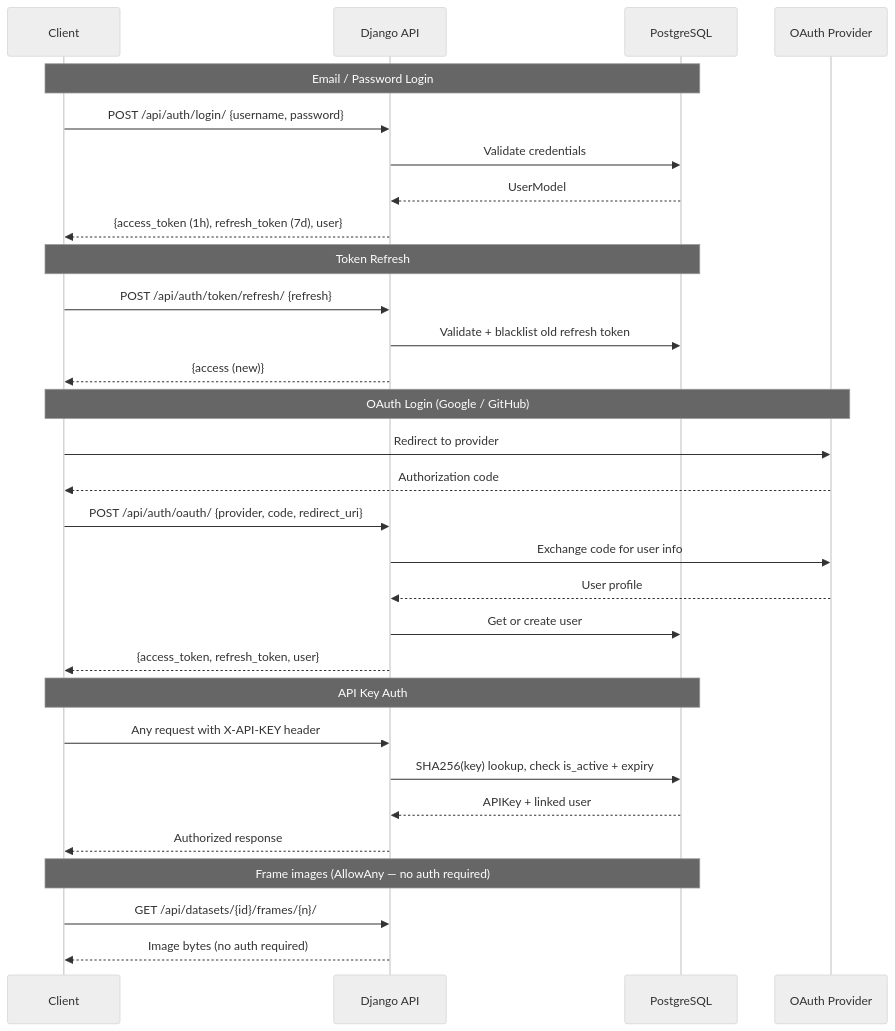
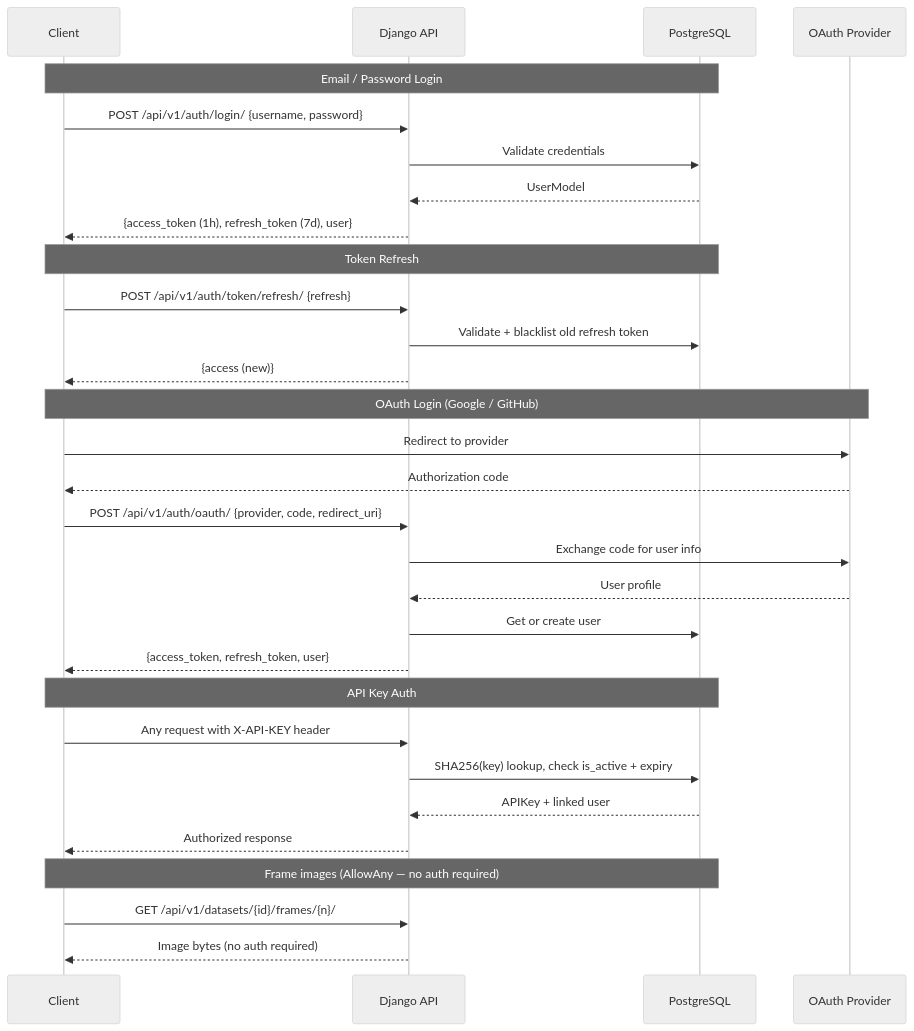
One commit to the-visiox/visiox changed the fourth of 13 diagrams in docs/ARCHITECTURE_DIAGRAMS.md. Above: the diagram before and after it, drawn with Mermaid (neutral theme). The commit also changed other lines of this file and 16 other files, not shown here.

````diff
--- a/docs/ARCHITECTURE_DIAGRAMS.md
+++ b/docs/ARCHITECTURE_DIAGRAMS.md
@@ -122,37 +150,37 @@
 ```mermaid
 sequenceDiagram
     participant Client
     participant API as Django API
     participant DB as PostgreSQL
     participant OAuth as OAuth Provider
 
     Note over Client,DB: Email / Password Login
-    Client->>API: POST /api/auth/login/ {username, password}
+    Client->>API: POST /api/v1/auth/login/ {username, password}
     API->>DB: Validate credentials
     DB-->>API: UserModel
     API-->>Client: {access_token (1h), refresh_token (7d), user}
 
     Note over Client,DB: Token Refresh
-    Client->>API: POST /api/auth/token/refresh/ {refresh}
+    Client->>API: POST /api/v1/auth/token/refresh/ {refresh}
     API->>DB: Validate + blacklist old refresh token
     API-->>Client: {access (new)}
 
     Note over Client,OAuth: OAuth Login (Google / GitHub)
     Client->>OAuth: Redirect to provider
     OAuth-->>Client: Authorization code
-    Client->>API: POST /api/auth/oauth/ {provider, code, redirect_uri}
+    Client->>API: POST /api/v1/auth/oauth/ {provider, code, redirect_uri}
     API->>OAuth: Exchange code for user info
     OAuth-->>API: User profile
     API->>DB: Get or create user
     API-->>Client: {access_token, refresh_token, user}
 
     Note over Client,DB: API Key Auth
     Client->>API: Any request with X-API-KEY header
     API->>DB: SHA256(key) lookup, check is_active + expiry
     DB-->>API: APIKey + linked user
     API-->>Client: Authorized response
 
     Note over Client,DB: Frame images (AllowAny — no auth required)
-    Client->>API: GET /api/datasets/{id}/frames/{n}/
+    Client->>API: GET /api/v1/datasets/{id}/frames/{n}/
     API-->>Client: Image bytes (no auth required)
 ```
````
